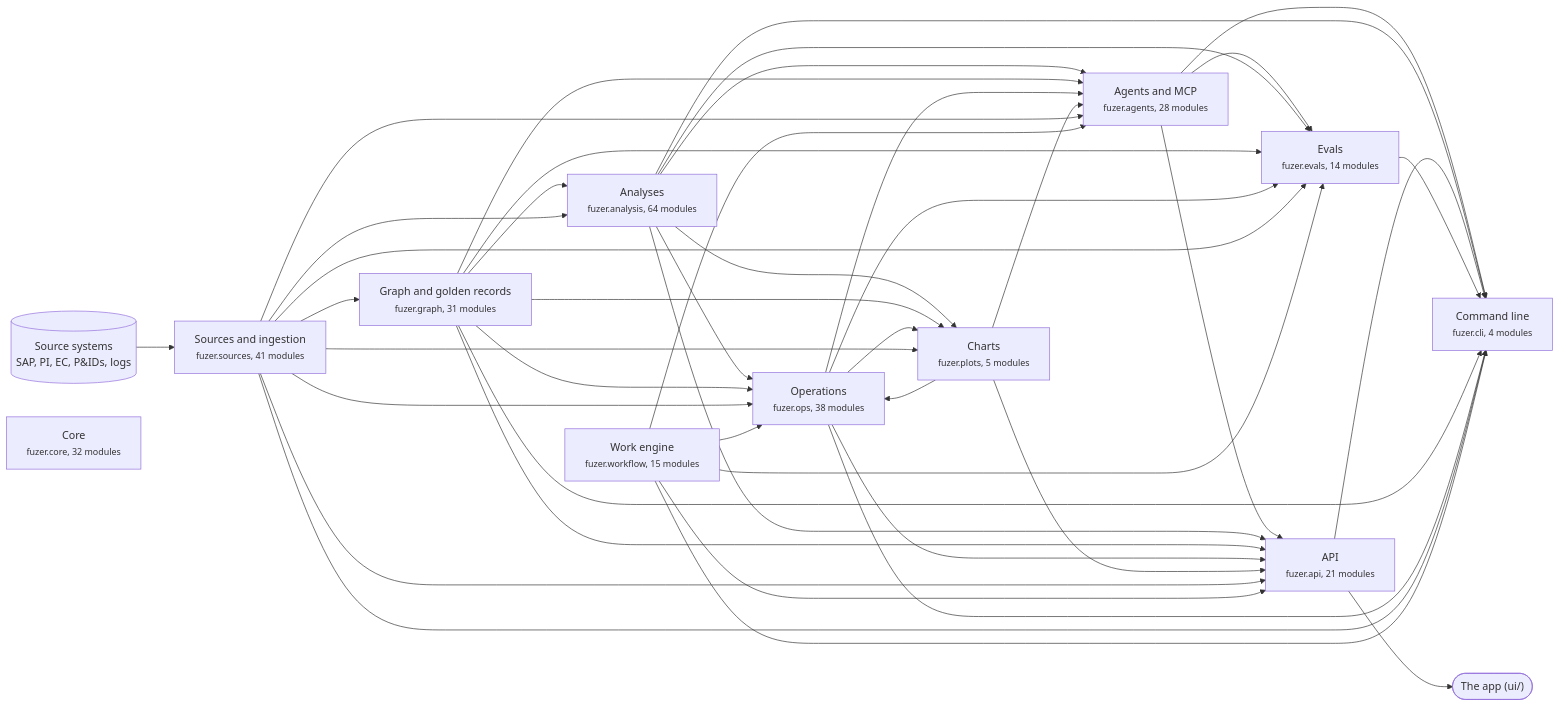
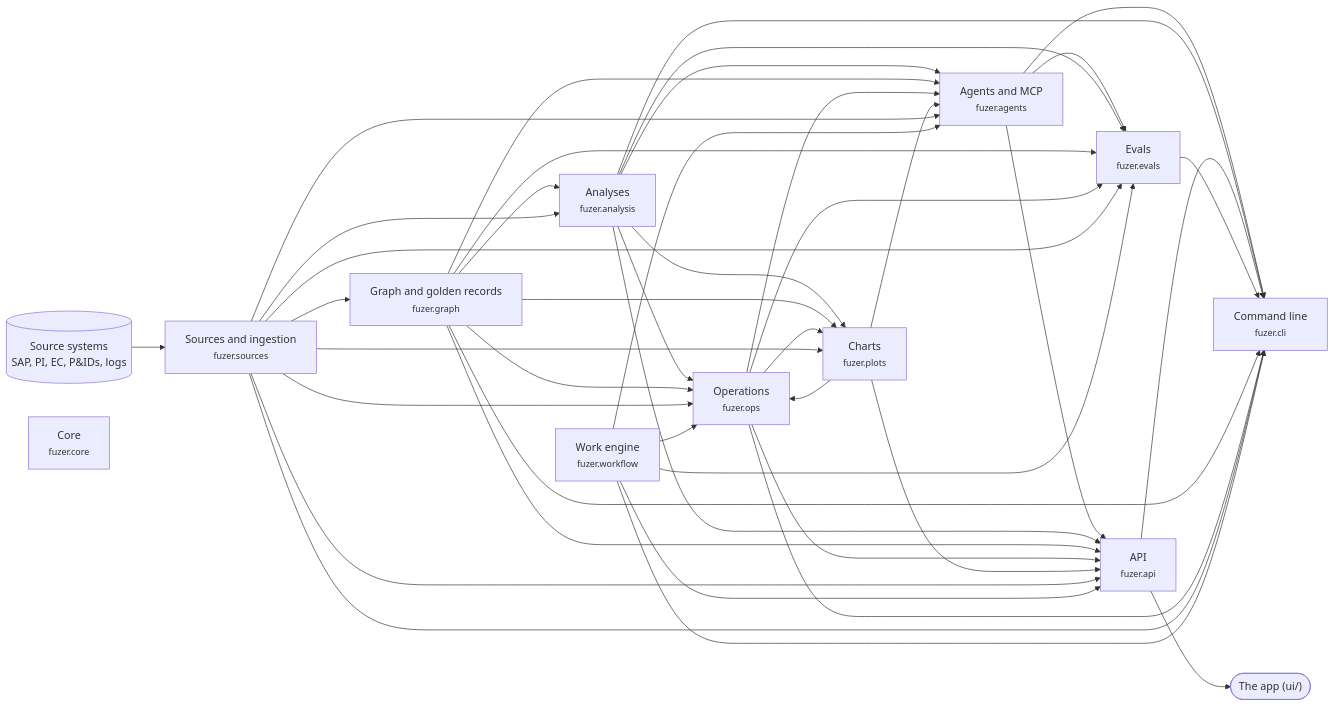
One commit to areed145/fuzer changed the first of 3 diagrams in docs/architecture.md. Above: the diagram before and after it, drawn with Mermaid. The commit also changed other lines of this file and 1 other file, not shown here.

First line of the commit message:
Architecture page stops conflicting on every merge: no module counts or lists, one table a line

````diff
--- a/docs/architecture.md
+++ b/docs/architecture.md
@@ -8,67 +8,67 @@
 ```mermaid
 flowchart LR
   systems[("Source systems<br>SAP, PI, EC, P&IDs, logs")] --> c_sources
   app(["The app (ui/)"])
   c_api --> app
-  c_sources["Sources and ingestion<br><small>fuzer.sources, 41 modules</small>"]
-  c_graph["Graph and golden records<br><small>fuzer.graph, 31 modules</small>"]
-  c_analysis["Analyses<br><small>fuzer.analysis, 64 modules</small>"]
-  c_ops["Operations<br><small>fuzer.ops, 38 modules</small>"]
-  c_plots["Charts<br><small>fuzer.plots, 5 modules</small>"]
-  c_workflow["Work engine<br><small>fuzer.workflow, 15 modules</small>"]
-  c_agents["Agents and MCP<br><small>fuzer.agents, 28 modules</small>"]
-  c_evals["Evals<br><small>fuzer.evals, 14 modules</small>"]
-  c_api["API<br><small>fuzer.api, 21 modules</small>"]
-  c_cli["Command line<br><small>fuzer.cli, 4 modules</small>"]
-  c_core["Core<br><small>fuzer.core, 32 modules</small>"]
+  c_sources["Sources and ingestion<br><small>fuzer.sources</small>"]
+  c_graph["Graph and golden records<br><small>fuzer.graph</small>"]
+  c_analysis["Analyses<br><small>fuzer.analysis</small>"]
+  c_ops["Operations<br><small>fuzer.ops</small>"]
+  c_plots["Charts<br><small>fuzer.plots</small>"]
+  c_workflow["Work engine<br><small>fuzer.workflow</small>"]
+  c_agents["Agents and MCP<br><small>fuzer.agents</small>"]
+  c_evals["Evals<br><small>fuzer.evals</small>"]
+  c_api["API<br><small>fuzer.api</small>"]
+  c_cli["Command line<br><small>fuzer.cli</small>"]
+  c_core["Core<br><small>fuzer.core</small>"]
   c_sources --> c_graph
   c_graph --> c_analysis
   c_sources --> c_analysis
   c_analysis --> c_ops
   c_graph --> c_ops
   c_plots --> c_ops
   c_sources --> c_ops
   c_workflow --> c_ops
   c_analysis --> c_plots
   c_graph --> c_plots
   c_ops --> c_plots
   c_sources --> c_plots
   c_analysis --> c_agents
   c_graph --> c_agents
   c_ops --> c_agents
   c_plots --> c_agents
   c_sources --> c_agents
   c_workflow --> c_agents
   c_agents --> c_evals
   c_analysis --> c_evals
   c_graph --> c_evals
   c_ops --> c_evals
   c_sources --> c_evals
   c_workflow --> c_evals
   c_agents --> c_api
   c_analysis --> c_api
   c_graph --> c_api
   c_ops --> c_api
   c_plots --> c_api
   c_sources --> c_api
   c_workflow --> c_api
   c_agents --> c_cli
   c_analysis --> c_cli
   c_api --> c_cli
   c_evals --> c_cli
   c_graph --> c_cli
   c_ops --> c_cli
   c_sources --> c_cli
   c_workflow --> c_cli
   click c_sources "https://github.com/areed145/fuzer/tree/main/src/fuzer/sources"
   click c_graph "https://github.com/areed145/fuzer/tree/main/src/fuzer/graph"
   click c_analysis "https://github.com/areed145/fuzer/tree/main/src/fuzer/analysis"
   click c_ops "https://github.com/areed145/fuzer/tree/main/src/fuzer/ops"
   click c_plots "https://github.com/areed145/fuzer/tree/main/src/fuzer/plots"
   click c_workflow "https://github.com/areed145/fuzer/tree/main/src/fuzer/workflow"
   click c_agents "https://github.com/areed145/fuzer/tree/main/src/fuzer/agents"
   click c_evals "https://github.com/areed145/fuzer/tree/main/src/fuzer/evals"
   click c_api "https://github.com/areed145/fuzer/tree/main/src/fuzer/api"
   click c_cli "https://github.com/areed145/fuzer/tree/main/src/fuzer/cli"
   click c_core "https://github.com/areed145/fuzer/tree/main/src/fuzer/core"
 ```
````
